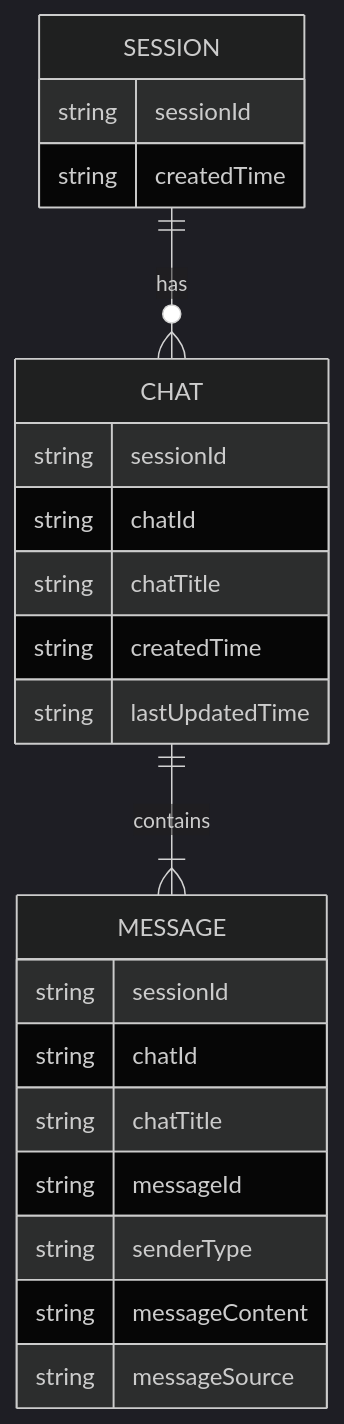
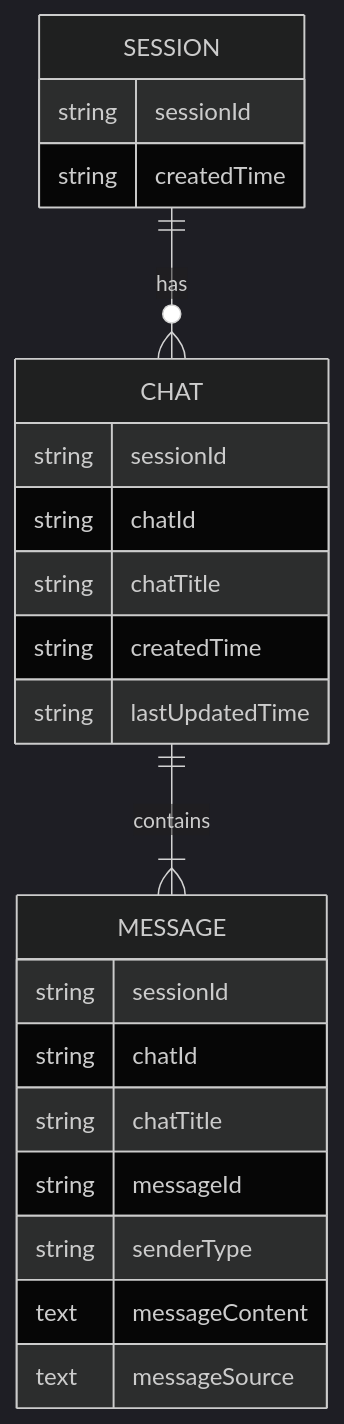
Before and after one commit to gyuhyeonseo/bkms2-term-project: the diagram in README.md, drawn with Mermaid (dark theme).

````diff
--- a/README.md
+++ b/README.md
@@ -5,25 +5,25 @@
 ```mermaid
 erDiagram
     SESSION ||--o{ CHAT : has
     SESSION {
         string sessionId
         string createdTime
     }
     CHAT ||--|{ MESSAGE : contains
     CHAT {
         string sessionId
         string chatId
         string chatTitle
         string createdTime
         string lastUpdatedTime
     }
     MESSAGE {
         string sessionId
         string chatId
         string chatTitle
         string messageId
         string senderType
-        string messageContent
-        string messageSource
+        text messageContent
+        text messageSource
     }
 ```
````
